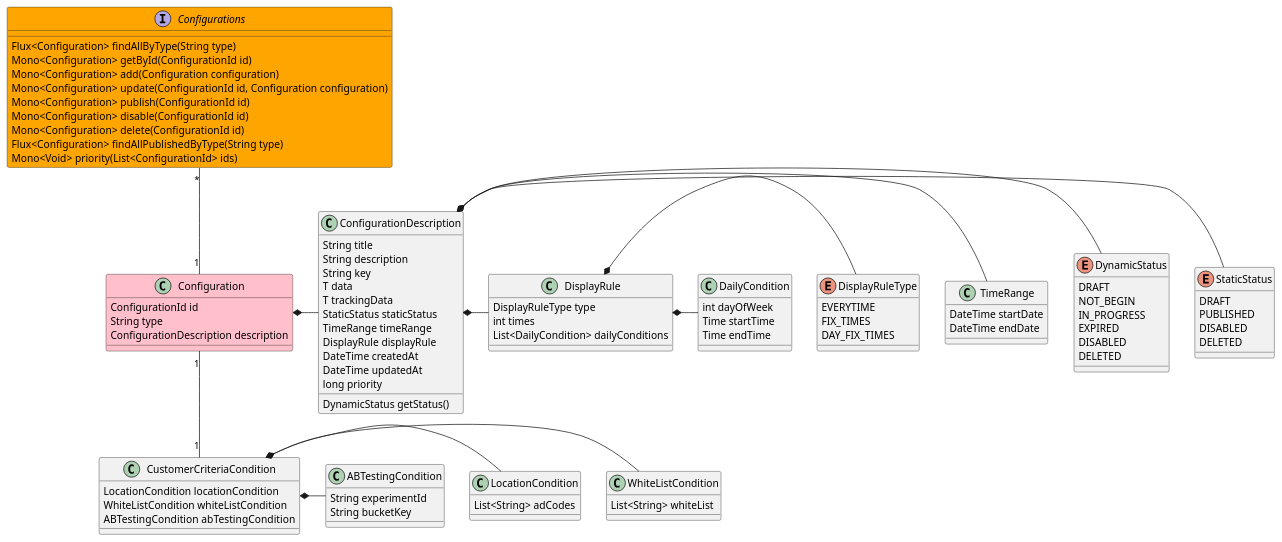
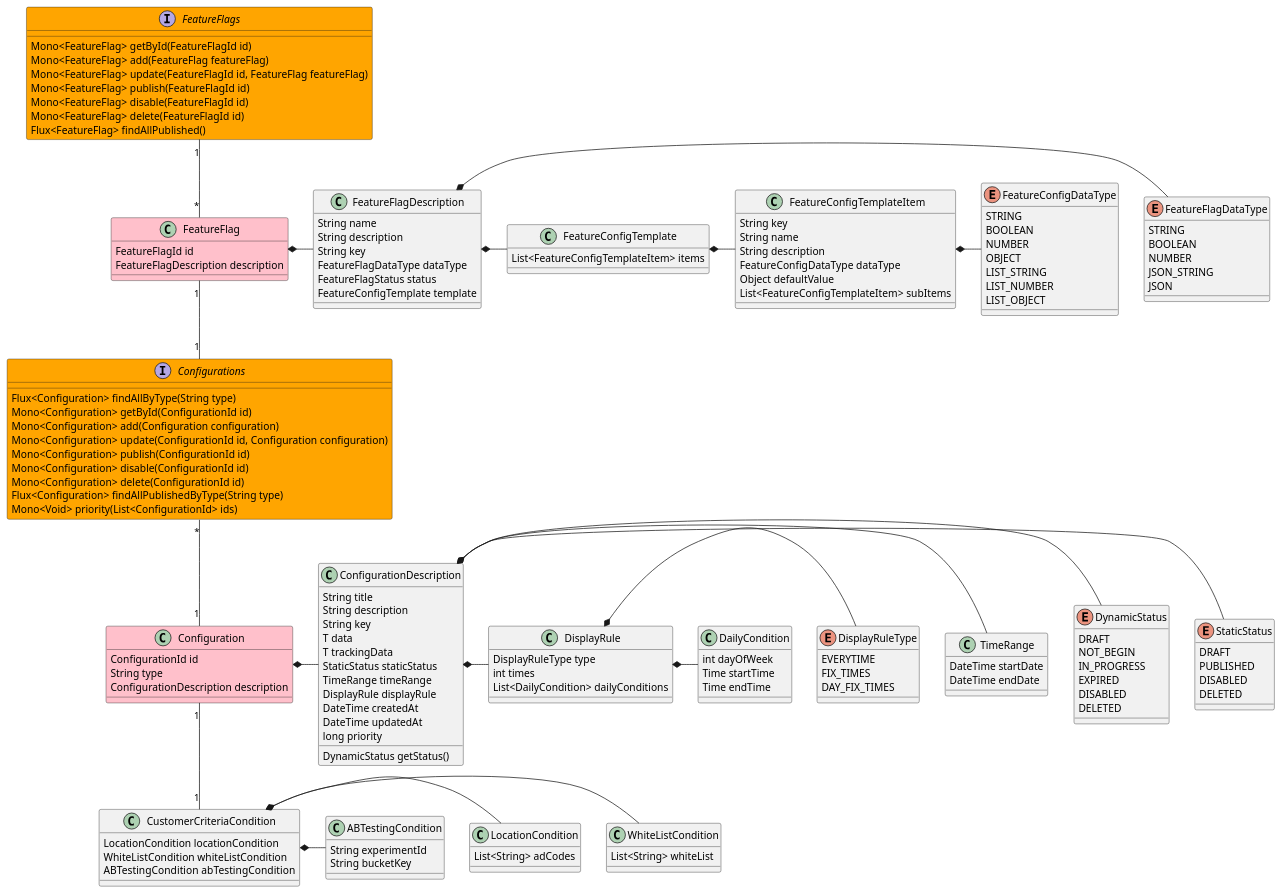
The diagram in resource/domain-admin.puml (pc-dong/app-provision), drawn with PlantUML before and after one commit.

Commit message:
admin diagram add FeatureFlag

```diff
--- a/resource/domain-admin.puml
+++ b/resource/domain-admin.puml
@@ -1,118 +1,178 @@
 @startuml
 'https://plantuml.com/class-diagram
 
 interface Configurations #orange {
     Flux<Configuration> findAllByType(String type)
     Mono<Configuration> getById(ConfigurationId id)
     Mono<Configuration> add(Configuration configuration)
     Mono<Configuration> update(ConfigurationId id, Configuration configuration)
     Mono<Configuration> publish(ConfigurationId id)
     Mono<Configuration> disable(ConfigurationId id)
     Mono<Configuration> delete(ConfigurationId id)
     Flux<Configuration> findAllPublishedByType(String type)
     Mono<Void> priority(List<ConfigurationId> ids)
 }
-
 
 
 class Configuration #pink {
     ConfigurationId id
     String type
     ConfigurationDescription description
 }
 
 class CustomerCriteriaCondition {
     LocationCondition locationCondition
     WhiteListCondition whiteListCondition
     ABTestingCondition abTestingCondition
 }
 
 
 
 class WhiteListCondition {
     List<String> whiteList
 }
 
 class LocationCondition {
     List<String> adCodes
 }
 
 class ABTestingCondition {
     String experimentId
     String bucketKey
 }
 
 class ConfigurationDescription {
     String title
     String description
     String key
     T data
     T trackingData
     StaticStatus staticStatus
     TimeRange timeRange
     DisplayRule displayRule
     DateTime createdAt
     DateTime updatedAt
     long priority
 
     DynamicStatus getStatus()
 }
 
 class DisplayRule {
     DisplayRuleType type
     int times
     List<DailyCondition> dailyConditions
 }
 
 enum DisplayRuleType {
     EVERYTIME
     FIX_TIMES
     DAY_FIX_TIMES
 }
 
 class DailyCondition {
     int dayOfWeek
     Time startTime
     Time endTime
 }
 
 class TimeRange {
     DateTime startDate
     DateTime endDate
 }
 
 enum StaticStatus {
     DRAFT
     PUBLISHED
     DISABLED
     DELETED
 }
 
 enum DynamicStatus {
     DRAFT
     NOT_BEGIN
     IN_PROGRESS
     EXPIRED
     DISABLED
     DELETED
 }
 
 CustomerCriteriaCondition *- WhiteListCondition
 CustomerCriteriaCondition *- LocationCondition
 CustomerCriteriaCondition *- ABTestingCondition
 
 Configurations "*" -- "1" Configuration
 Configuration *- ConfigurationDescription
 Configuration "1" -- "1" CustomerCriteriaCondition
 
 ConfigurationDescription *- StaticStatus
 ConfigurationDescription o- DynamicStatus
 ConfigurationDescription *- TimeRange
 ConfigurationDescription *- DisplayRule
 DisplayRule *- DisplayRuleType
 DisplayRule *- DailyCondition
 
 
+interface FeatureFlags #orange {
+    Mono<FeatureFlag> getById(FeatureFlagId id)
+    Mono<FeatureFlag> add(FeatureFlag featureFlag)
+    Mono<FeatureFlag> update(FeatureFlagId id, FeatureFlag featureFlag)
+    Mono<FeatureFlag> publish(FeatureFlagId id)
+    Mono<FeatureFlag> disable(FeatureFlagId id)
+    Mono<FeatureFlag> delete(FeatureFlagId id)
+    Flux<FeatureFlag> findAllPublished()
+    }
 
+class FeatureFlag #pink {
+    FeatureFlagId id
+    FeatureFlagDescription description
+}
+
+class FeatureFlagDescription {
+    String name
+    String description
+    String key
+    FeatureFlagDataType dataType
+    FeatureFlagStatus status
+    FeatureConfigTemplate template
+}
+
+enum FeatureFlagDataType {
+    STRING
+    BOOLEAN
+    NUMBER
+    JSON_STRING
+    JSON
+}
+
+class FeatureConfigTemplate {
+    List<FeatureConfigTemplateItem> items
+}
+
+class FeatureConfigTemplateItem {
+    String key
+    String name
+    String description
+    FeatureConfigDataType dataType
+    Object defaultValue
+    List<FeatureConfigTemplateItem> subItems
+}
+
+enum FeatureConfigDataType {
+    STRING
+    BOOLEAN
+    NUMBER
+    OBJECT
+    LIST_STRING
+    LIST_NUMBER
+    LIST_OBJECT
+}
+
+FeatureFlags "1" -- "*" FeatureFlag
+FeatureFlag *- FeatureFlagDescription
+FeatureFlagDescription *- FeatureFlagDataType
+FeatureFlagDescription *- FeatureConfigTemplate
+FeatureConfigTemplate *- FeatureConfigTemplateItem
+FeatureConfigTemplateItem *- FeatureConfigDataType
+FeatureFlag "1" -- "1" Configurations
 
 @enduml
```
